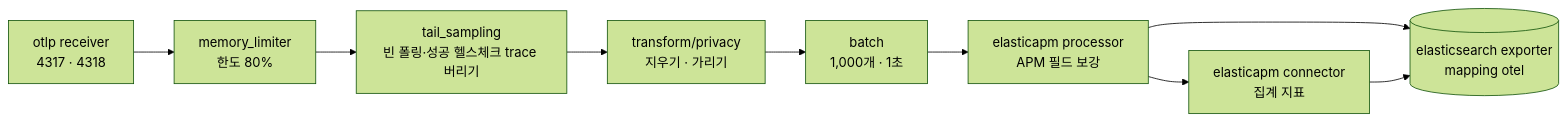
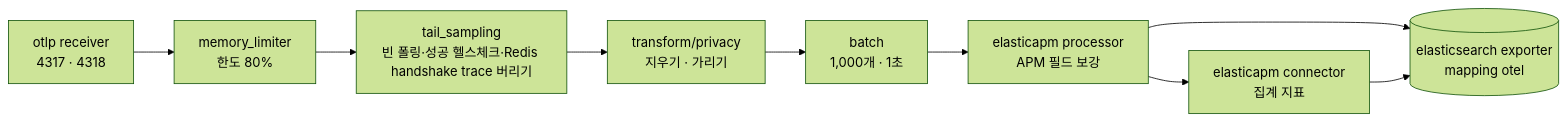
One commit to soma-lorekeeper/docs changed the third of 4 diagrams in APM_ARCHITECTURE.md. Above: the diagram before and after it, drawn with Mermaid (forest theme). The commit also changed other lines of this file and 1 other file, not shown here.

````diff
--- a/APM_ARCHITECTURE.md
+++ b/APM_ARCHITECTURE.md
@@ -124,6 +125,6 @@
 ```mermaid
 flowchart LR
-  R["otlp receiver<br/>4317 · 4318"] --> M["memory_limiter<br/>한도 80%"] --> TS["tail_sampling<br/>빈 폴링·성공 헬스체크 trace 버리기"] --> T["transform/privacy<br/>지우기 · 가리기"] --> BT["batch<br/>1,000개 · 1초"] --> P["elasticapm processor<br/>APM 필드 보강"]
+  R["otlp receiver<br/>4317 · 4318"] --> M["memory_limiter<br/>한도 80%"] --> TS["tail_sampling<br/>빈 폴링·성공 헬스체크·Redis handshake trace 버리기"] --> T["transform/privacy<br/>지우기 · 가리기"] --> BT["batch<br/>1,000개 · 1초"] --> P["elasticapm processor<br/>APM 필드 보강"]
   P --> E[("elasticsearch exporter<br/>mapping otel")]
   P --> C["elasticapm connector<br/>집계 지표"] --> E
 ```
````
